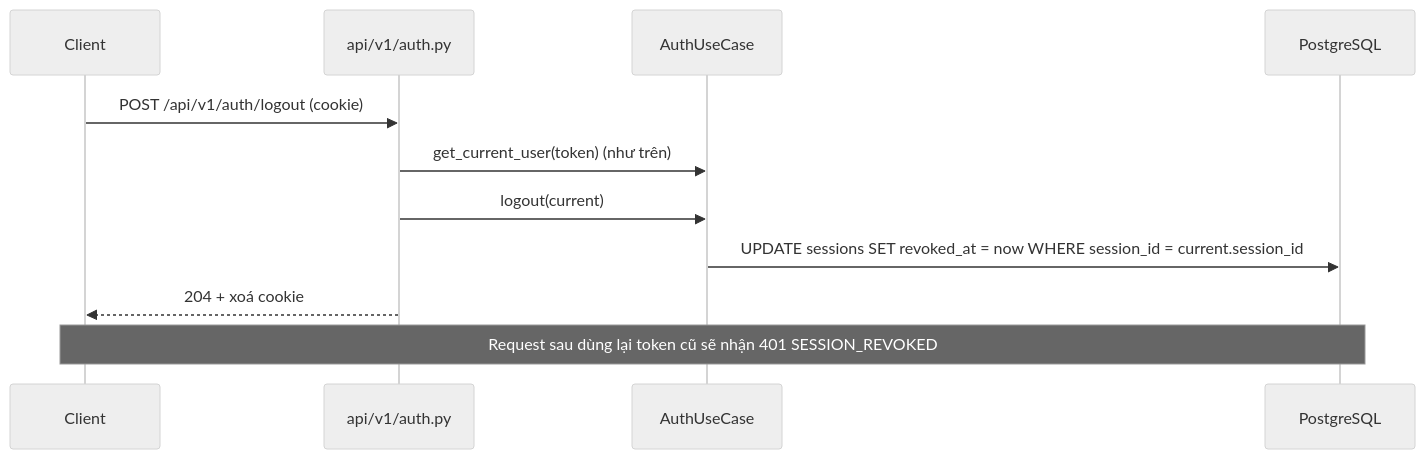
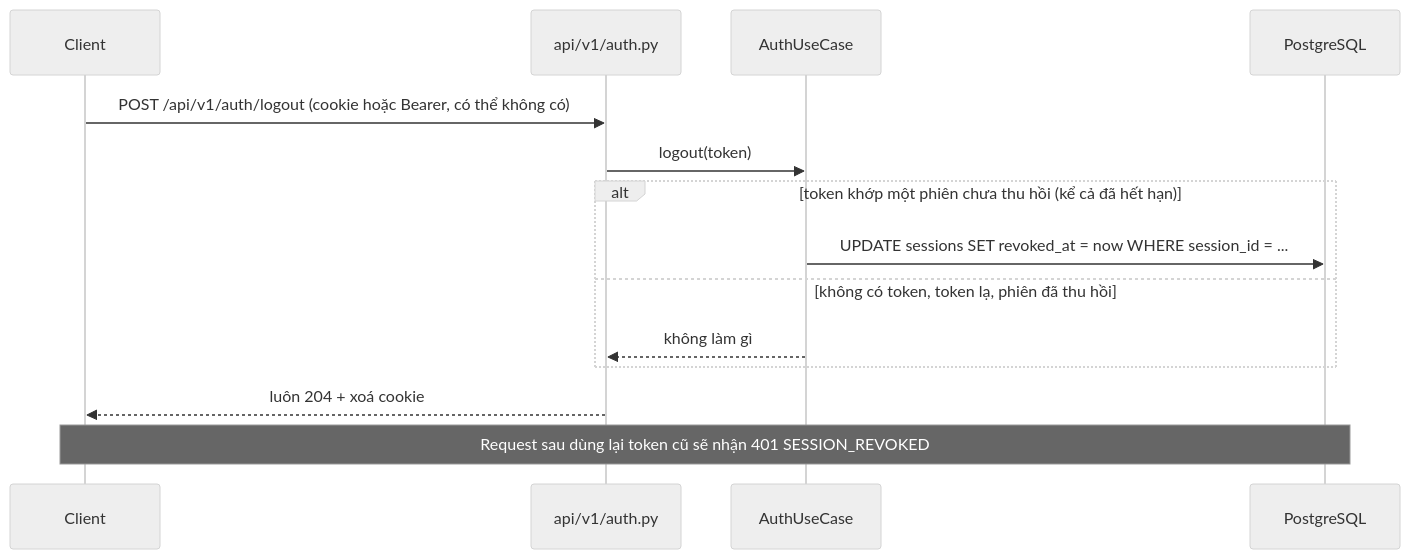
One commit to Minhduc7904/K5-Day15-L3B-xoilac changed the fourth of 5 diagrams in docs/architecture/backend-auth.md. Above: the diagram before and after it, drawn with Mermaid (neutral theme). The commit also changed other lines of this file and 4 other files, not shown here.

First line of the commit message:
#8: /auth/logout idempotent: luôn 204 và xoá cookie, thu hồi phiên nếu còn

````diff
--- a/docs/architecture/backend-auth.md
+++ b/docs/architecture/backend-auth.md
@@ -137,13 +137,16 @@
 ```mermaid
 sequenceDiagram
   participant C as Client
   participant A as api/v1/auth.py
   participant U as AuthUseCase
   participant DB as PostgreSQL
-  C->>A: POST /api/v1/auth/logout (cookie)
-  A->>U: get_current_user(token) (như trên)
-  A->>U: logout(current)
-  U->>DB: UPDATE sessions SET revoked_at = now WHERE session_id = current.session_id
-  A-->>C: 204 + xoá cookie
+  C->>A: POST /api/v1/auth/logout (cookie hoặc Bearer, có thể không có)
+  A->>U: logout(token)
+  alt token khớp một phiên chưa thu hồi (kể cả đã hết hạn)
+    U->>DB: UPDATE sessions SET revoked_at = now WHERE session_id = ...
+  else không có token, token lạ, phiên đã thu hồi
+    U-->>A: không làm gì
+  end
+  A-->>C: luôn 204 + xoá cookie
   Note over C,DB: Request sau dùng lại token cũ sẽ nhận 401 SESSION_REVOKED
 ```
````
